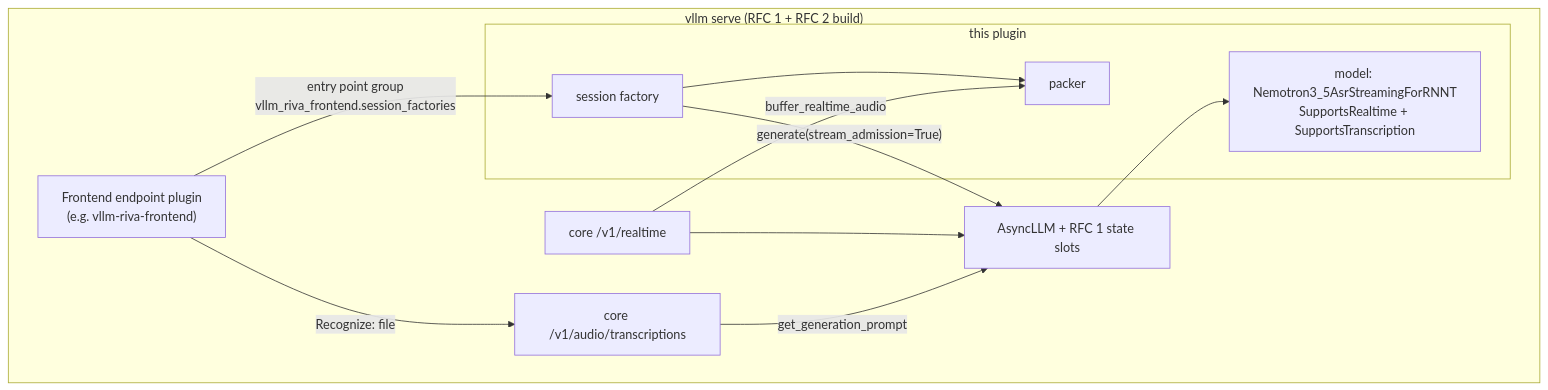
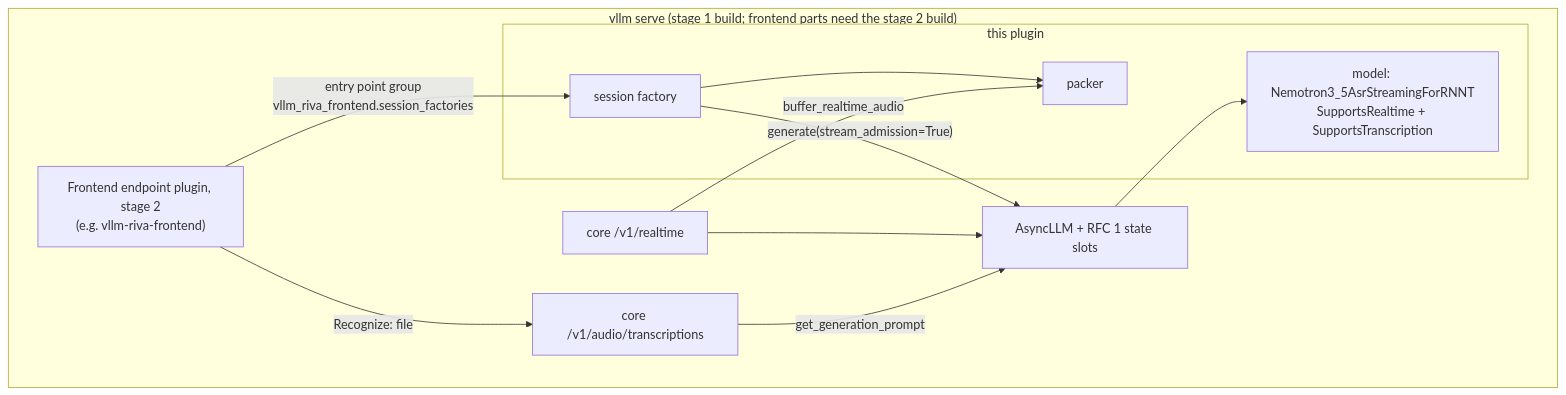
The diagram in docs/high-level-design.md (pdtgct/vllm-nemotron-asr-streaming-plugin), drawn with Mermaid before and after one commit. The commit also changed other lines of this file, not shown here.

````diff
--- a/docs/high-level-design.md
+++ b/docs/high-level-design.md
@@ -102,23 +103,23 @@
 ```mermaid
 flowchart LR
-  subgraph serve["vllm serve (RFC 1 + RFC 2 build)"]
+  subgraph serve["vllm serve (stage 1 build; frontend parts need the stage 2 build)"]
     direction LR
-    FE["Frontend endpoint plugin<br/>(e.g. vllm-riva-frontend)"]
+    FE["Frontend endpoint plugin, stage 2<br/>(e.g. vllm-riva-frontend)"]
     CORE_RT["core /v1/realtime"]
     CORE_TX["core /v1/audio/transcriptions"]
     subgraph plugin["this plugin"]
       SF["session factory"]
       PK["packer"]
       M["model: Nemotron3_5AsrStreamingForRNNT<br/>SupportsRealtime + SupportsTranscription"]
     end
     ENG["AsyncLLM + RFC 1 state slots"]
   end
   FE -- "entry point group<br/>vllm_riva_frontend.session_factories" --> SF
   FE -- "Recognize: file" --> CORE_TX
   SF --> PK
   CORE_RT -- "buffer_realtime_audio" --> PK
   SF -- "generate(stream_admission=True)" --> ENG
   CORE_RT --> ENG
   CORE_TX -- "get_generation_prompt" --> ENG
   ENG --> M
 ```
````
